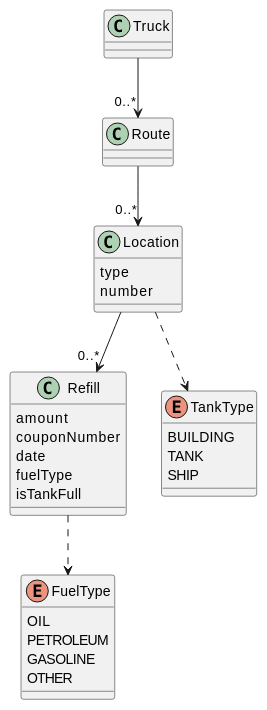
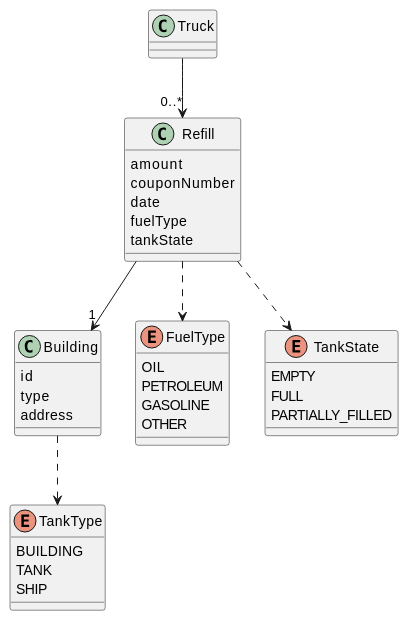
The diagram in docs/entity-datamodel.md (IT-Minds/client_comby_oilcontrols), drawn with PlantUML before and after one commit. The commit also changed 6 other files, not shown here.

Commit message:
dm update: reversed relationship betweeen refill and building, added TankState enum.

````diff
--- a/docs/entity-datamodel.md
+++ b/docs/entity-datamodel.md
@@ -5,44 +5,47 @@
 ```plantuml
 @startuml
 class Truck {
 
 }
 
-class Route {
-
-}
-
-class Location {
+class Building {
+    id 
     type
-    number
+    address
 }
 
 class Refill {
     amount
     couponNumber
     date
     fuelType
-    isTankFull
+    tankState
 }
 
 enum FuelType {
     OIL
     PETROLEUM
     GASOLINE
     OTHER
 }
 
 enum TankType {
     BUILDING
     TANK
     SHIP
 }
 
-Truck --> "0..*" Route
-Route --> "0..*" Location 
-Location --> "0..*" Refill
+enum TankState {
+  EMPTY
+  FULL
+  PARTIALLY_FILLED
+}
+
+Truck --> "0..*" Refill 
+Refill --> "1" Building
 Refill ..> FuelType
-Location ..> TankType
+Building ..> TankType
+Refill ..> TankState
 @enduml
 
 ```
````
